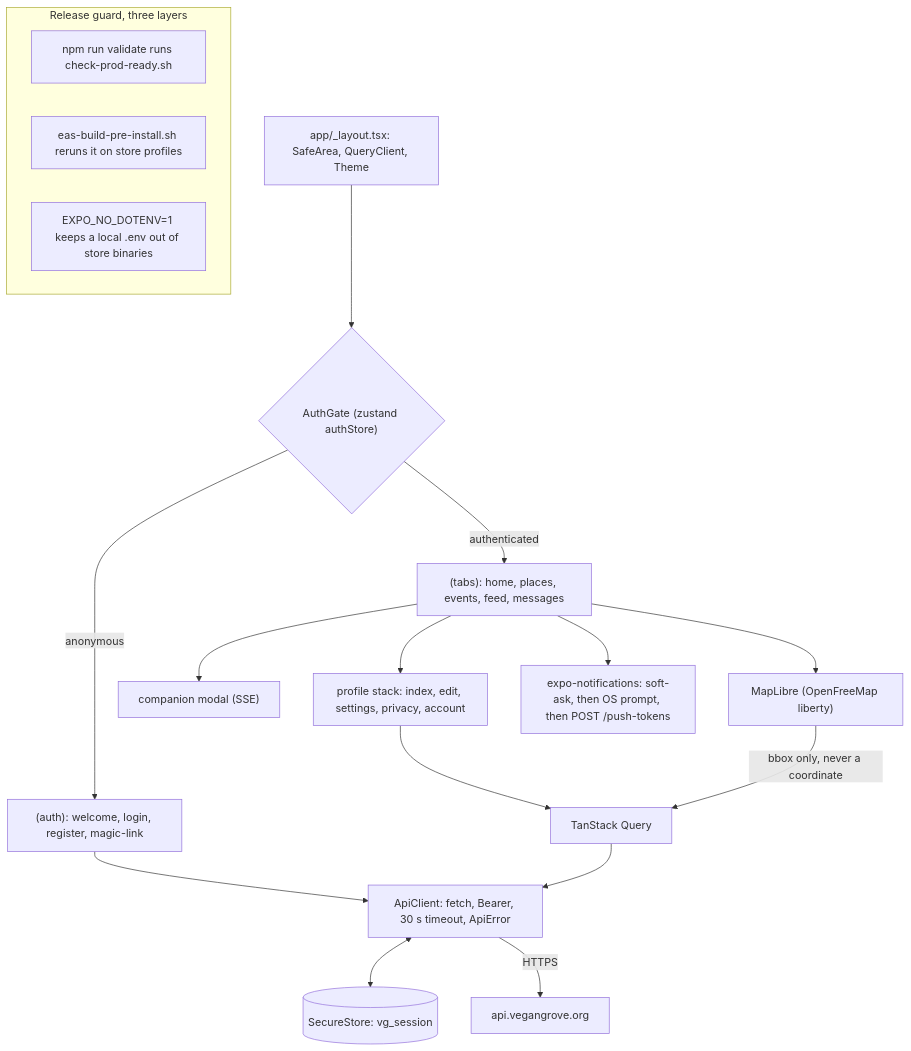
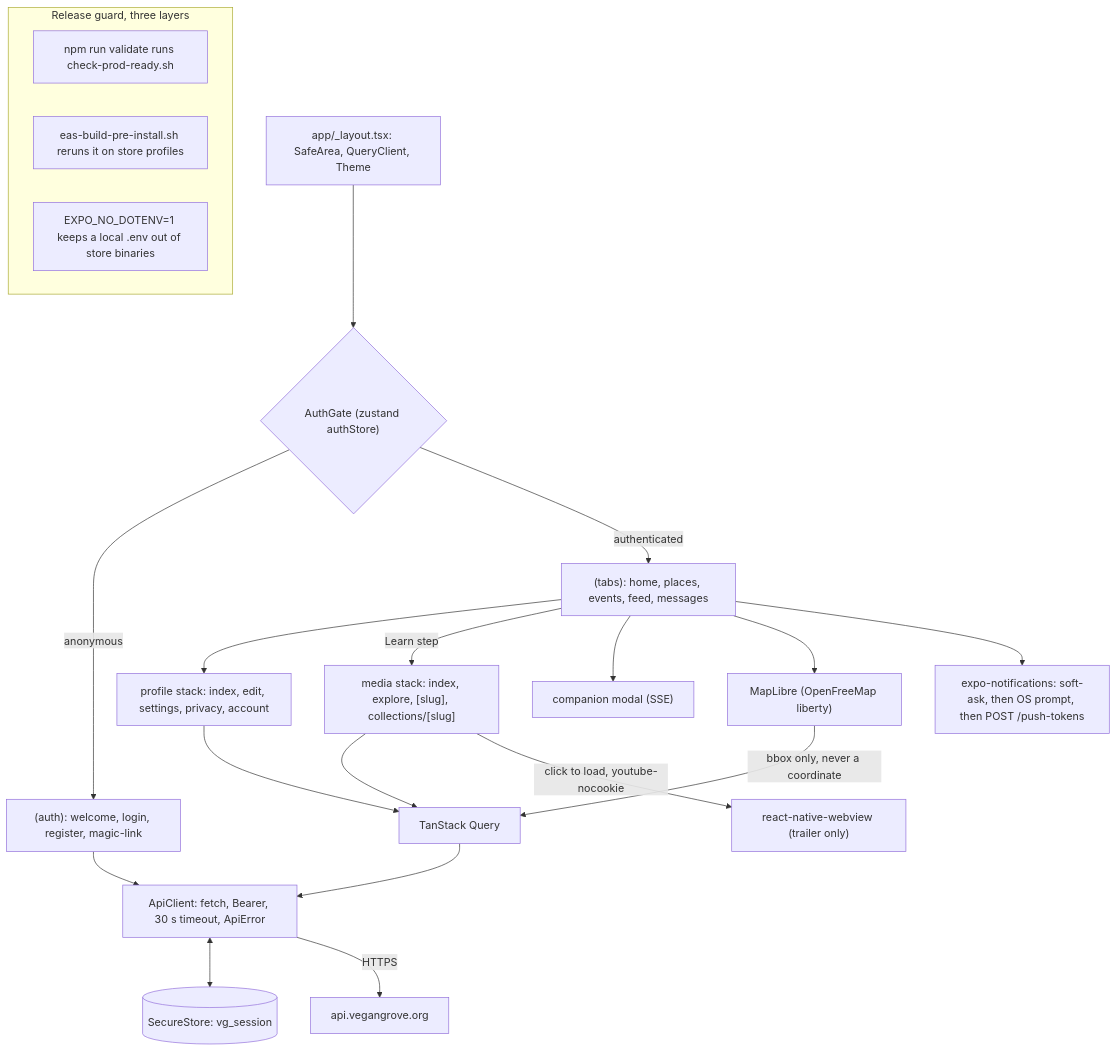
The diagram in README.md (wbaxterh/vegan-grove-mobile), drawn with Mermaid before and after one commit. The commit also changed other lines of this file and 29 other files, not shown here.

````diff
--- a/README.md
+++ b/README.md
@@ -24,21 +24,24 @@
 ```mermaid
 flowchart TB
   ROOT["app/_layout.tsx: SafeArea, QueryClient, Theme"] --> GATE{"AuthGate (zustand authStore)"}
   GATE -->|anonymous| AUTH["(auth): welcome, login, register, magic-link"]
   GATE -->|authenticated| TABS["(tabs): home, places, events, feed, messages"]
   TABS --> PROF["profile stack: index, edit, settings, privacy, account"]
+  TABS -->|Learn step| MEDIA["media stack: index, explore, [slug], collections/[slug]"]
   TABS --> IVY["companion modal (SSE)"]
+  MEDIA --> QUERY
+  MEDIA -->|click to load, youtube-nocookie| WEBVIEW["react-native-webview (trailer only)"]
   TABS --> MAP["MapLibre (OpenFreeMap liberty)"]
   TABS --> NOTIF["expo-notifications: soft-ask, then OS prompt, then POST /push-tokens"]
   AUTH --> CLIENT
   PROF --> QUERY["TanStack Query"]
   MAP -->|bbox only, never a coordinate| QUERY
   QUERY --> CLIENT["ApiClient: fetch, Bearer, 30 s timeout, ApiError"]
   CLIENT <--> STORE[("SecureStore: vg_session")]
   CLIENT -->|HTTPS| API["api.vegangrove.org"]
   subgraph GUARD ["Release guard, three layers"]
     G1["npm run validate runs check-prod-ready.sh"]
     G2["eas-build-pre-install.sh reruns it on store profiles"]
     G3["EXPO_NO_DOTENV=1 keeps a local .env out of store binaries"]
   end
 ```
````
